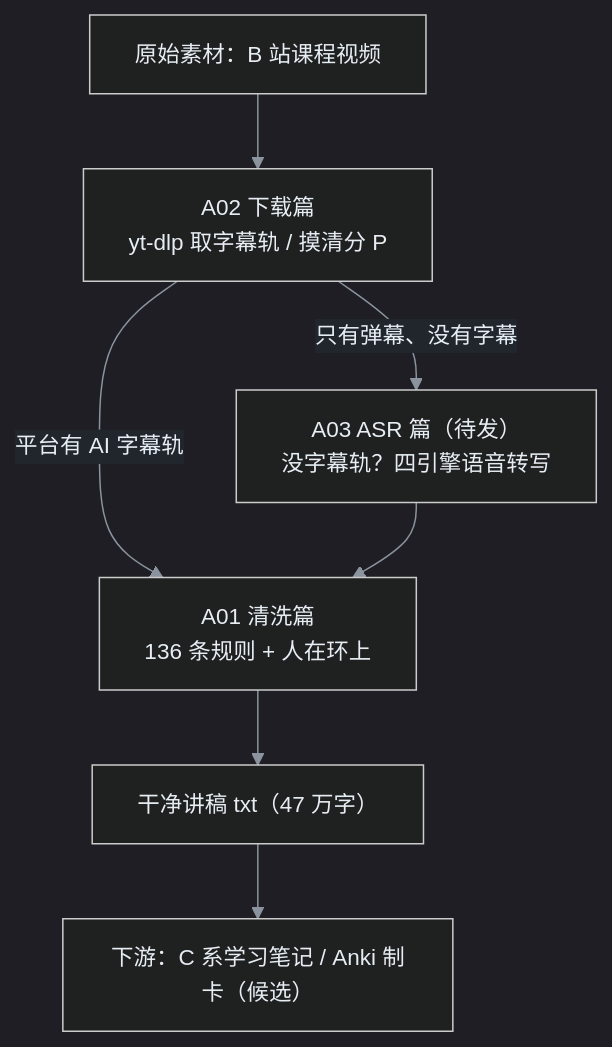
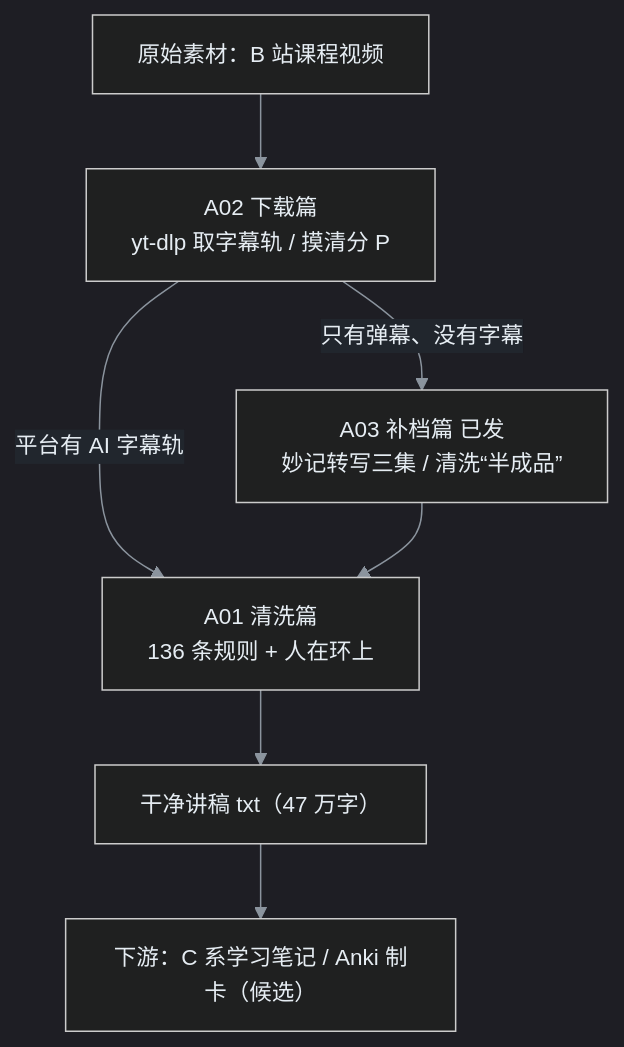
One commit to yeyangchen2009/yeyangchen2009.github.io changed the diagram in backup/A00｜AI 工作流总览：程序员的 AI 数据流水线.md. Above: the diagram before and after it, drawn with Mermaid. The commit also changed other lines of this file and 4 other files, not shown here.

````diff
--- a/backup/A00｜AI 工作流总览：程序员的 AI 数据流水线.md
+++ b/backup/A00｜AI 工作流总览：程序员的 AI 数据流水线.md
@@ -17,17 +17,17 @@
 ```mermaid
 %%{init: {'theme':'dark','themeVariables':{'background':'#0d1117','primaryColor':'#1f6feb','primaryTextColor':'#ffffff','primaryBorderColor':'#79c0ff','secondaryColor':'#21262d','tertiaryColor':'#30363d','lineColor':'#8b949e','textColor':'#e6edf3','clusterBkg':'#161b22','clusterBorder':'#58a6ff','edgeLabelBackground':'#21262d','fontSize':'15px'}}}%%
 flowchart TD
     SRC["原始素材：B 站课程视频"]
     A02["A02 下载篇<br/>yt-dlp 取字幕轨 / 摸清分 P"]
-    A03["A03 ASR 篇（待发）<br/>没字幕轨？四引擎语音转写"]
+    A03["A03 补档篇 已发<br/>妙记转写三集 / 清洗“半成品”"]
     A01["A01 清洗篇<br/>136 条规则 + 人在环上"]
     TXT["干净讲稿 txt（47 万字）"]
     C["下游：C 系学习笔记 / Anki 制卡（候选）"]
 
     SRC --> A02
     A02 -->|"平台有 AI 字幕轨"| A01
     A02 -->|"只有弹幕、没有字幕"| A03
     A03 --> A01
     A01 --> TXT
     TXT --> C
 ```
````
